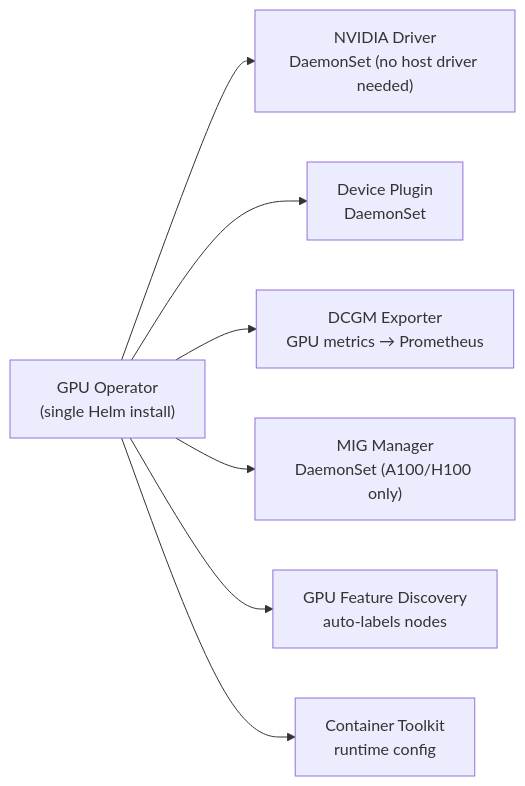
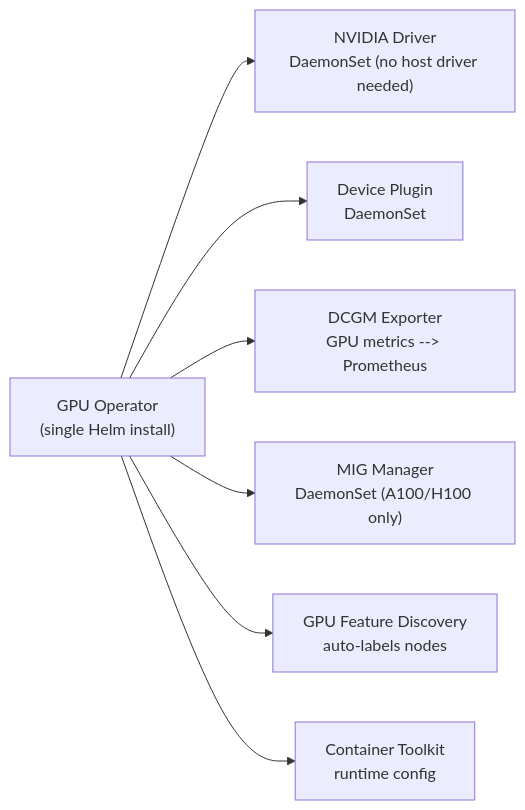
The third of 3 diagrams in devops/ai-infra/gpu-scheduling.md (deepanshu-rawat6/tour-of-go), drawn with Mermaid before and after one commit. The commit also changed 25 other files, not shown here.

````diff
--- a/devops/ai-infra/gpu-scheduling.md
+++ b/devops/ai-infra/gpu-scheduling.md
@@ -164,9 +164,9 @@
 ```mermaid
 graph LR
     GO["GPU Operator<br>(single Helm install)"] --> DRIVER["NVIDIA Driver<br>DaemonSet (no host driver needed)"]
     GO --> DP["Device Plugin<br>DaemonSet"]
-    GO --> DCGM["DCGM Exporter<br>GPU metrics → Prometheus"]
+    GO --> DCGM["DCGM Exporter<br>GPU metrics --> Prometheus"]
     GO --> MIG_MGMT["MIG Manager<br>DaemonSet (A100/H100 only)"]
     GO --> GFD["GPU Feature Discovery<br>auto-labels nodes"]
     GO --> CT["Container Toolkit<br>runtime config"]
 ```
````
